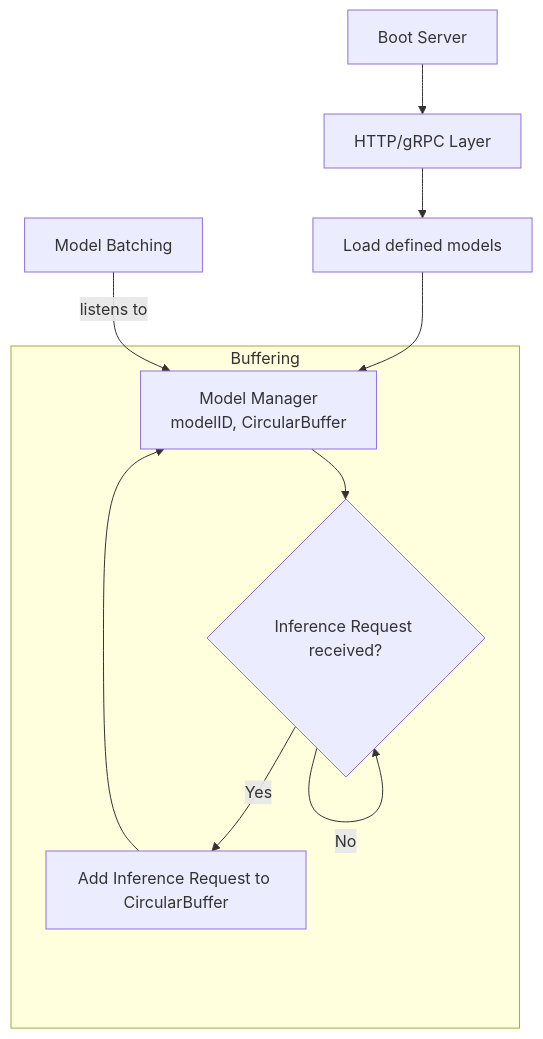
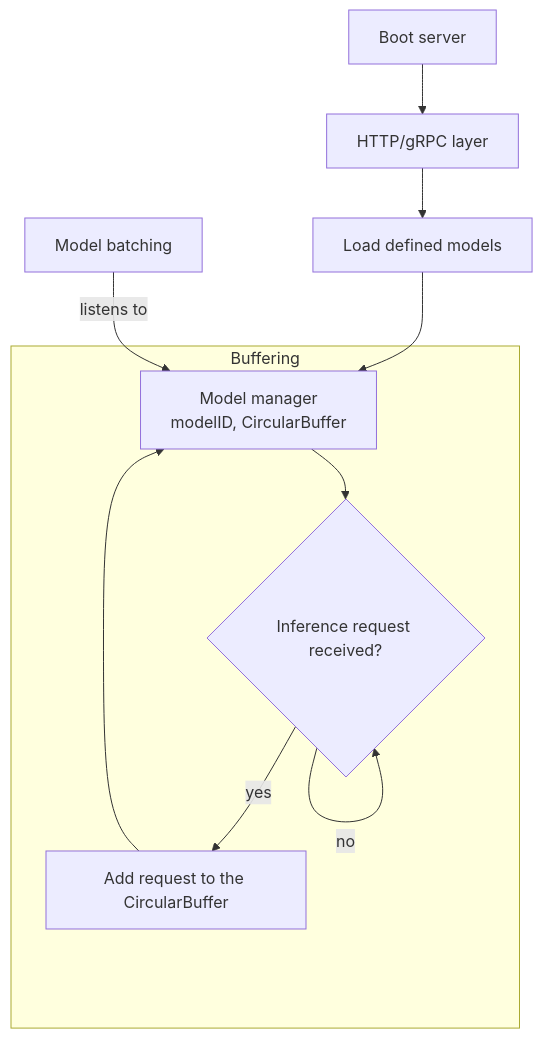
Before and after one commit to GaleMind/galemind-server: the first of 2 diagrams in doc/design/circular-buffer.md, drawn with Mermaid. The commit also changed other lines of this file and 7 other files, not shown here.

````diff
--- a/doc/design/circular-buffer.md
+++ b/doc/design/circular-buffer.md
@@ -3,14 +12,13 @@
 ```mermaid
 flowchart TD
-    A[Boot Server] --> B
-    B[HTTP/gRPC Layer] --> C
-    C[Load defined models] --> D[Model Manager
-    modelID, CircularBuffer]
+    A[Boot server] --> B
+    B[HTTP/gRPC layer] --> C
+    C[Load defined models] --> D["Model manager<br/>modelID, CircularBuffer"]
     subgraph "Buffering"
-        D --> E{Inference Request received?}
-        E -- Yes --> F[Add Inference Request to CircularBuffer]
-        E -- No --> E
+        D --> E{Inference request received?}
+        E -- "yes" --> F[Add request to the CircularBuffer]
+        E -- "no" --> E
         F --> D
     end
-    G[Model Batching] -- listens to --> D
+    G[Model batching] -- "listens to" --> D
 ```
````
